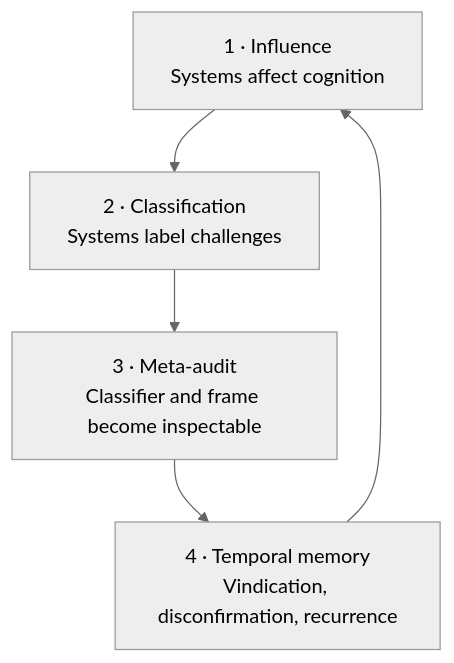
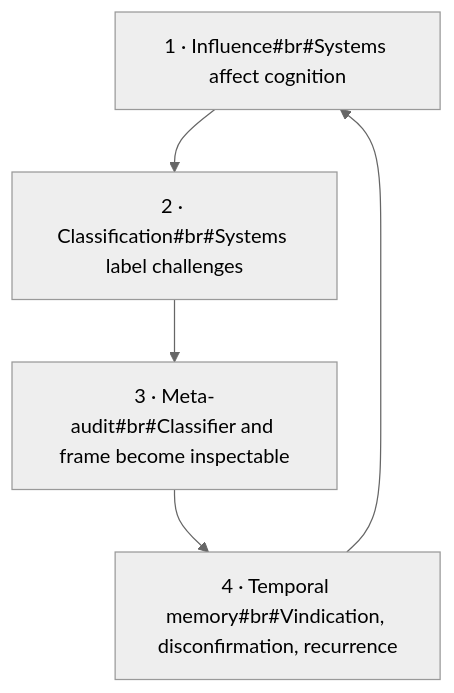
The second of 2 diagrams in COGNITIVE-WARFARE/index.md (deepethics/ACCM-Deep-Ethics-Project), drawn with Mermaid (neutral theme) before and after one commit. The commit also changed other lines of this file and 3 other files, not shown here.

First line of the commit message:
Repair the Cognitive Warfare NATO Review link and diagrams

````diff
--- a/COGNITIVE-WARFARE/index.md
+++ b/COGNITIVE-WARFARE/index.md
@@ -297,7 +297,7 @@
-```mermaid
+<div class="mermaid">
 flowchart TD
-    A["1 · Influence<br/>Systems affect cognition"] --> B["2 · Classification<br/>Systems label challenges"]
-    B --> C["3 · Meta-audit<br/>Classifier and frame become inspectable"]
-    C --> D["4 · Temporal memory<br/>Vindication, disconfirmation, recurrence"]
+    A["1 · Influence#br#Systems affect cognition"] --> B["2 · Classification#br#Systems label challenges"]
+    B --> C["3 · Meta-audit#br#Classifier and frame become inspectable"]
+    C --> D["4 · Temporal memory#br#Vindication, disconfirmation, recurrence"]
     D --> A
-```
+</div>
````
